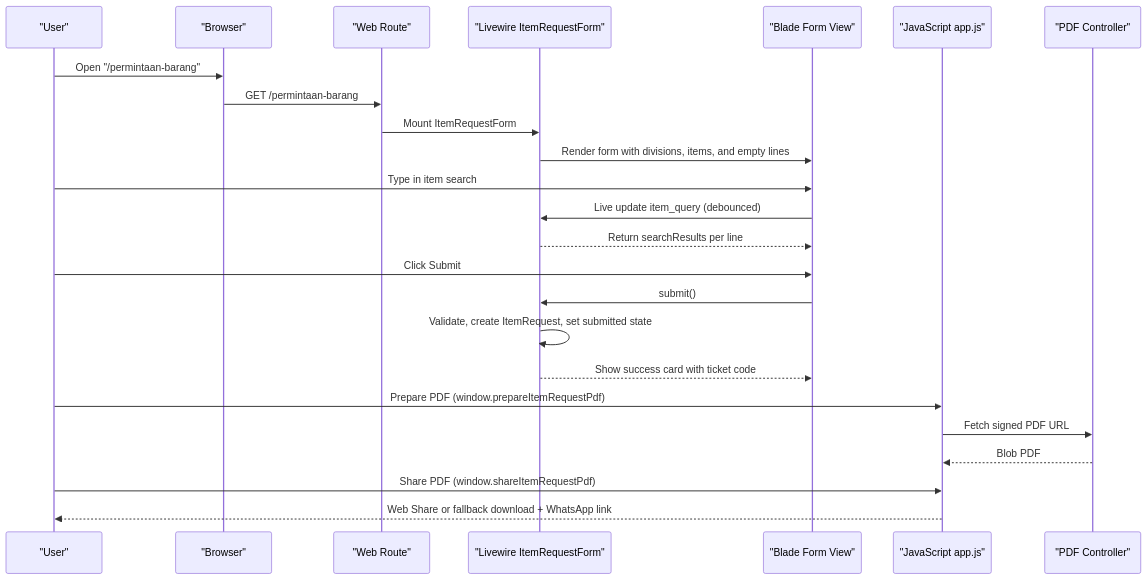
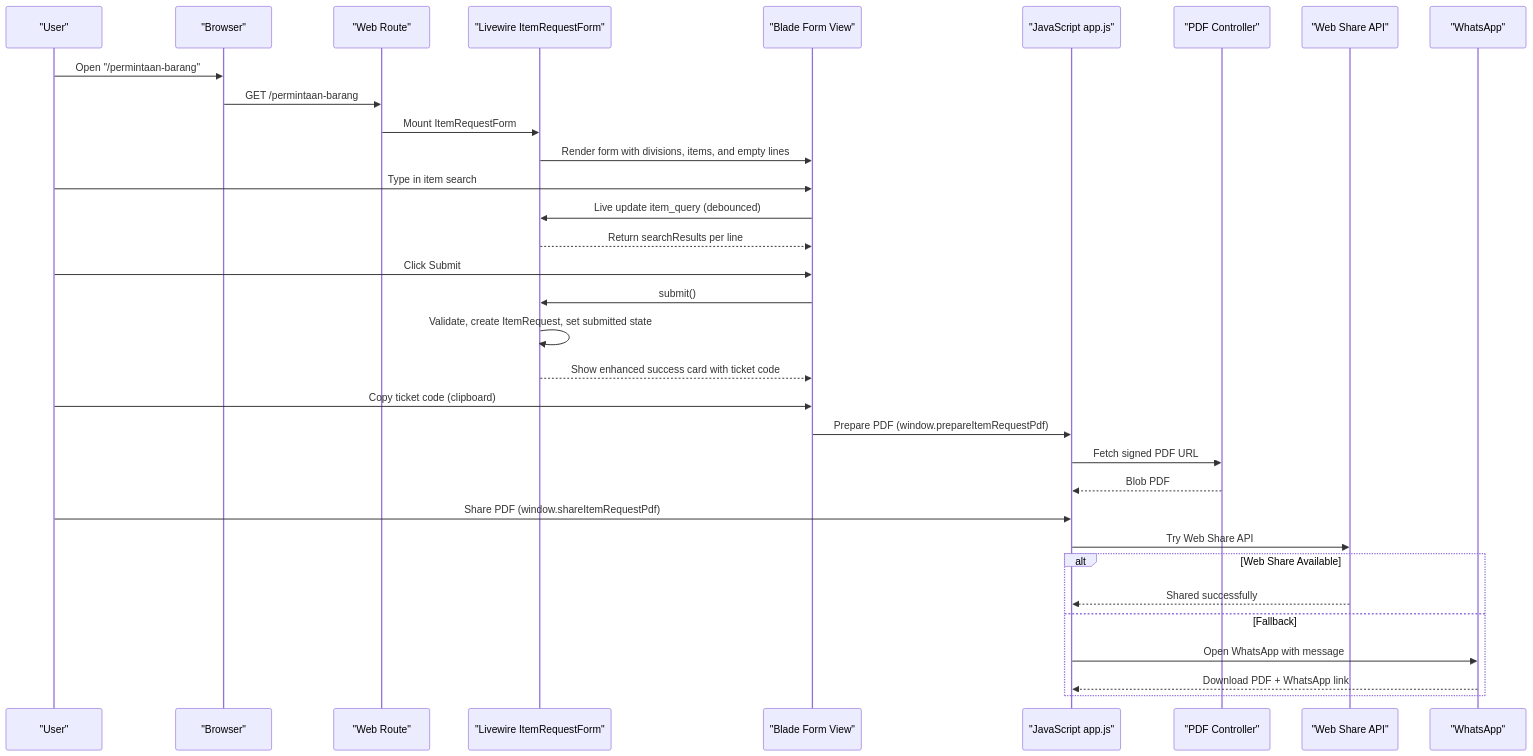
The second of 7 diagrams in .qoder/repowiki/en/content/Frontend Components/Frontend Components.md (Dikksap/laravel_RsvHelmet), drawn with Mermaid before and after one commit. The commit also changed other lines of this file and 102 other files, not shown here.

````diff
--- a/.qoder/repowiki/en/content/Frontend Components/Frontend Components.md
+++ b/.qoder/repowiki/en/content/Frontend Components/Frontend Components.md
@@ -105,26 +124,35 @@
 ```mermaid
 sequenceDiagram
 participant User as "User"
 participant Browser as "Browser"
 participant Route as "Web Route"
 participant LW as "Livewire ItemRequestForm"
 participant View as "Blade Form View"
 participant JS as "JavaScript app.js"
 participant PDF as "PDF Controller"
+participant Share as "Web Share API"
+participant WA as "WhatsApp"
 User->>Browser : Open "/permintaan-barang"
 Browser->>Route : GET /permintaan-barang
 Route->>LW : Mount ItemRequestForm
 LW->>View : Render form with divisions, items, and empty lines
 User->>View : Type in item search
 View->>LW : Live update item_query (debounced)
 LW-->>View : Return searchResults per line
 User->>View : Click Submit
 View->>LW : submit()
 LW->>LW : Validate, create ItemRequest, set submitted state
-LW-->>View : Show success card with ticket code
-User->>JS : Prepare PDF (window.prepareItemRequestPdf)
+LW-->>View : Show enhanced success card with ticket code
+User->>View : Copy ticket code (clipboard)
+View->>JS : Prepare PDF (window.prepareItemRequestPdf)
 JS->>PDF : Fetch signed PDF URL
 PDF-->>JS : Blob PDF
 User->>JS : Share PDF (window.shareItemRequestPdf)
-JS-->>User : Web Share or fallback download + WhatsApp link
+JS->>Share : Try Web Share API
+alt Web Share Available
+Share-->>JS : Shared successfully
+else Fallback
+JS->>WA : Open WhatsApp with message
+WA-->>JS : Download PDF + WhatsApp link
+end
 ```
````
